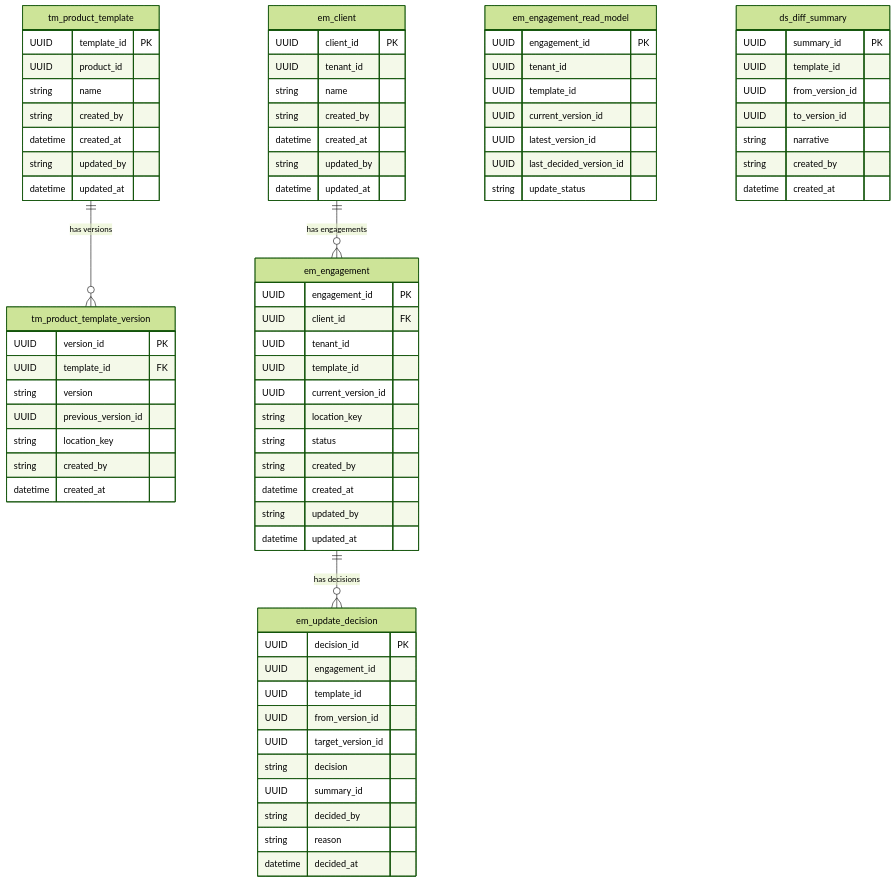
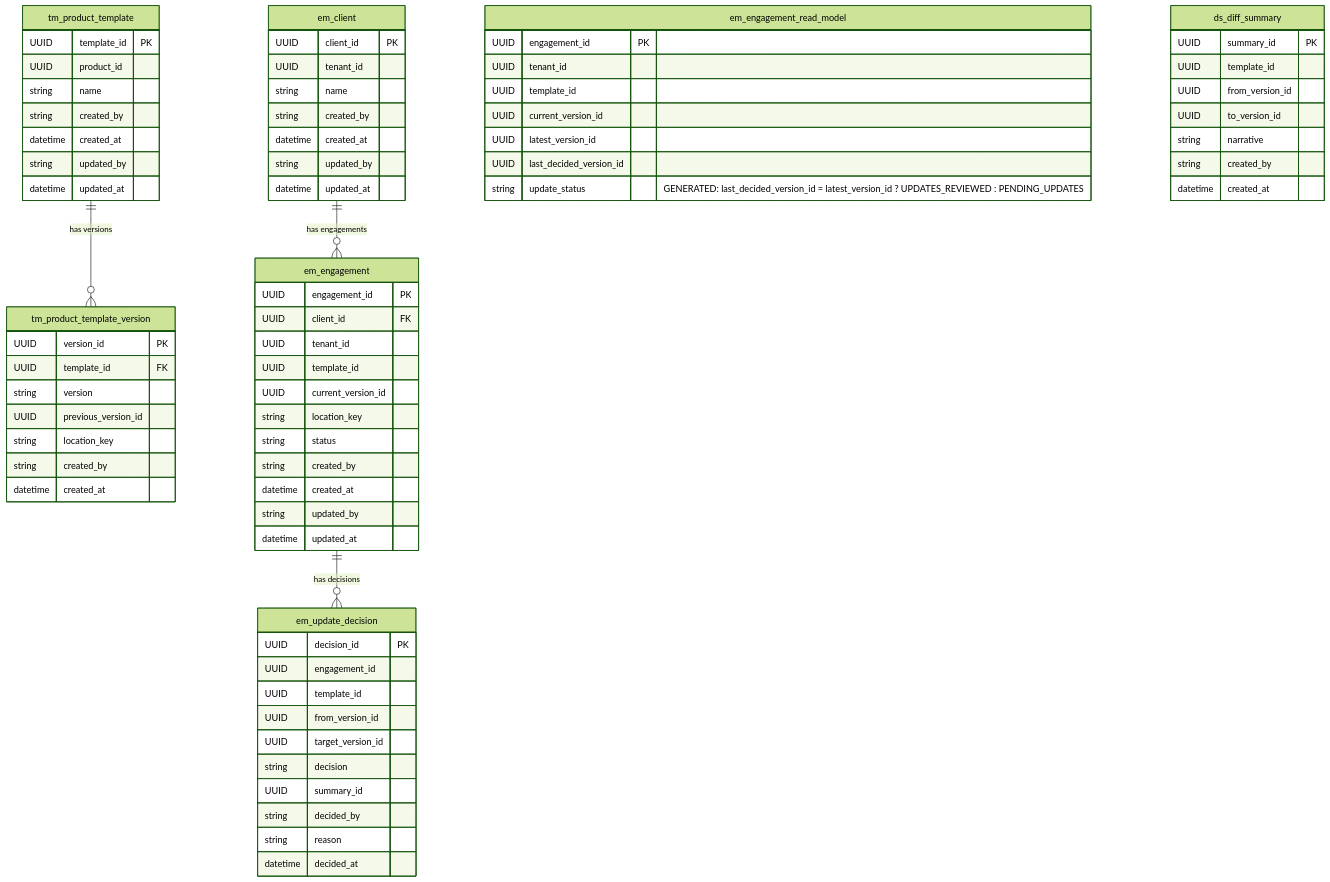
Before and after one commit to jose-foronda/caseware_test_2026_09: the diagram in architecture/erd.md, drawn with Mermaid (forest theme). The commit also changed other lines of this file and 2 other files, not shown here.

Commit message:
refining domain model: refine use cases

```diff
--- a/architecture/erd.md
+++ b/architecture/erd.md
@@ -82,7 +82,7 @@
         UUID     current_version_id
         UUID     latest_version_id
         UUID     last_decided_version_id
-        string   update_status
+        string   update_status           "GENERATED: last_decided_version_id = latest_version_id ? UPDATES_REVIEWED : PENDING_UPDATES"
     }
 
     em_update_decision {
```
